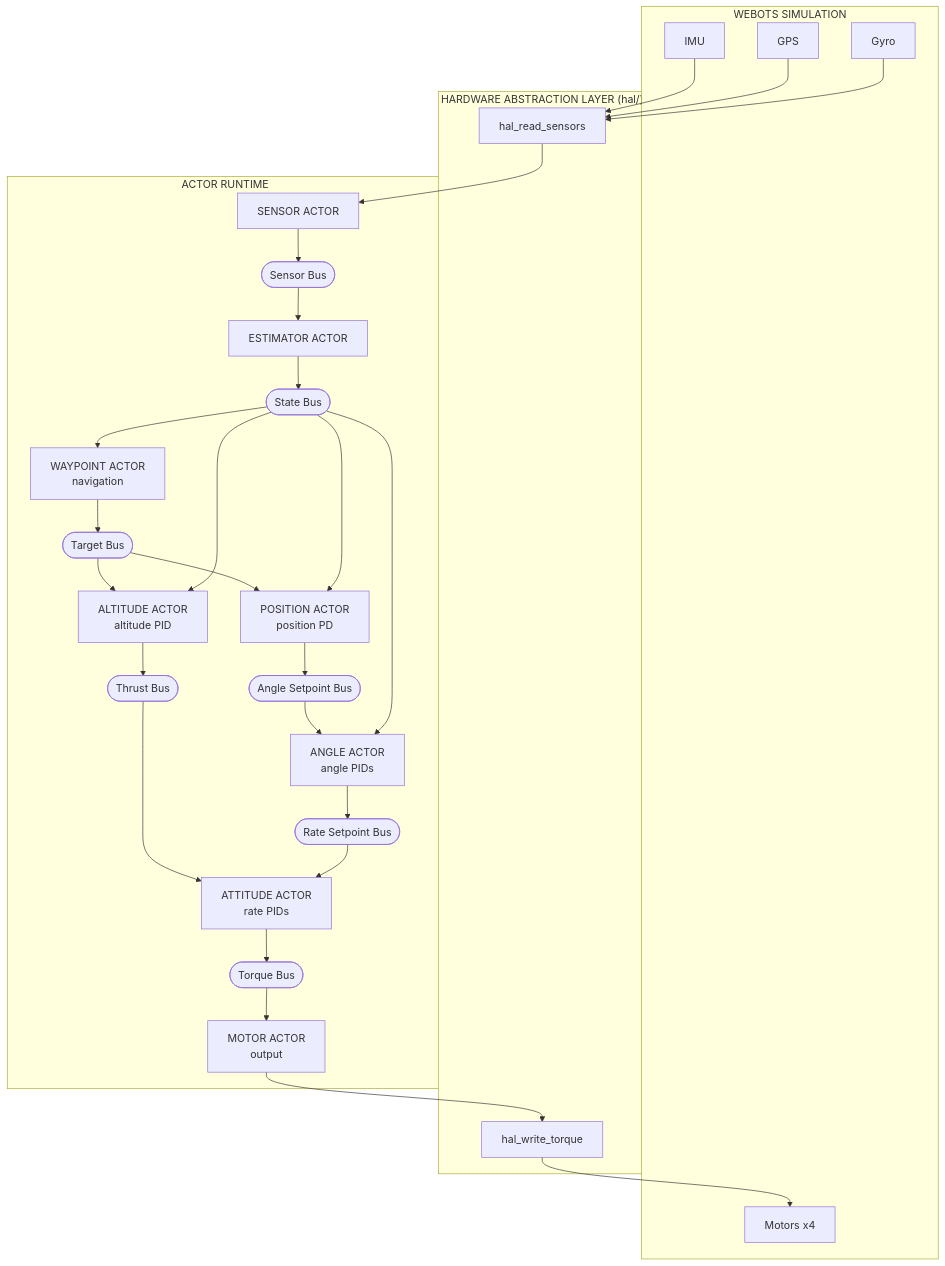
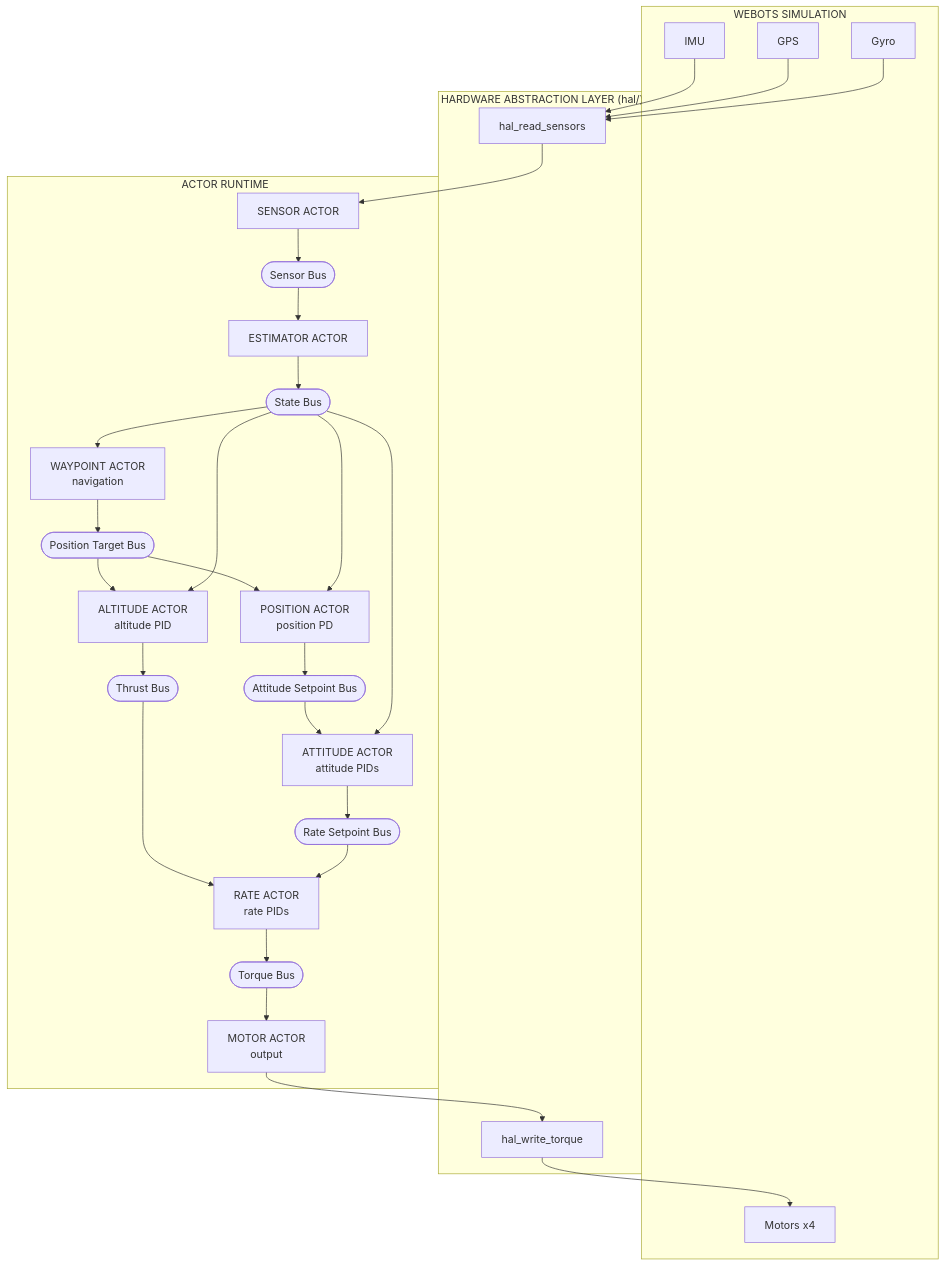
Before and after one commit to joagre/rt: the first of 3 diagrams in examples/pilot/SPEC.md, drawn with Mermaid. The commit also changed other lines of this file and 18 other files, not shown here.

````diff
--- a/examples/pilot/SPEC.md
+++ b/examples/pilot/SPEC.md
@@ -104,50 +104,49 @@
 ```mermaid
 graph TB
     subgraph WEBOTS["WEBOTS SIMULATION"]
         IMU[IMU]
         GPS[GPS]
         Gyro[Gyro]
         Motors[Motors x4]
     end
 
     subgraph HAL["HARDWARE ABSTRACTION LAYER (hal/)"]
         ReadSensors[hal_read_sensors]
         WriteTorque[hal_write_torque]
     end
 
     subgraph RUNTIME["ACTOR RUNTIME"]
         Sensor[SENSOR ACTOR]
         SensorBus([Sensor Bus])
         Estimator[ESTIMATOR ACTOR]
         StateBus([State Bus])
 
         Altitude[ALTITUDE ACTOR<br/>altitude PID]
         Waypoint[WAYPOINT ACTOR<br/>navigation]
-        TargetBus([Target Bus])
+        PositionTargetBus([Position Target Bus])
         Position[POSITION ACTOR<br/>position PD]
-        Attitude[ATTITUDE ACTOR<br/>rate PIDs]
-
         ThrustBus([Thrust Bus])
-        AngleSPBus([Angle Setpoint Bus])
-        Angle[ANGLE ACTOR<br/>angle PIDs]
+        AttitudeSPBus([Attitude Setpoint Bus])
+        Attitude[ATTITUDE ACTOR<br/>attitude PIDs]
         RateSPBus([Rate Setpoint Bus])
+        Rate[RATE ACTOR<br/>rate PIDs]
         TorqueBus([Torque Bus])
         Motor[MOTOR ACTOR<br/>output]
     end
 
     IMU --> ReadSensors
     GPS --> ReadSensors
     Gyro --> ReadSensors
     WriteTorque --> Motors
 
     ReadSensors --> Sensor
     Sensor --> SensorBus --> Estimator --> StateBus
 
-    StateBus --> Waypoint --> TargetBus --> Altitude --> ThrustBus --> Attitude
-    TargetBus --> Position
+    StateBus --> Waypoint --> PositionTargetBus --> Altitude --> ThrustBus --> Rate
+    PositionTargetBus --> Position
     StateBus --> Altitude
-    StateBus --> Position --> AngleSPBus --> Angle
-    StateBus --> Angle --> RateSPBus --> Attitude --> TorqueBus --> Motor
+    StateBus --> Position --> AttitudeSPBus --> Attitude
+    StateBus --> Attitude --> RateSPBus --> Rate --> TorqueBus --> Motor
 
     Motor --> WriteTorque
 ```
````
